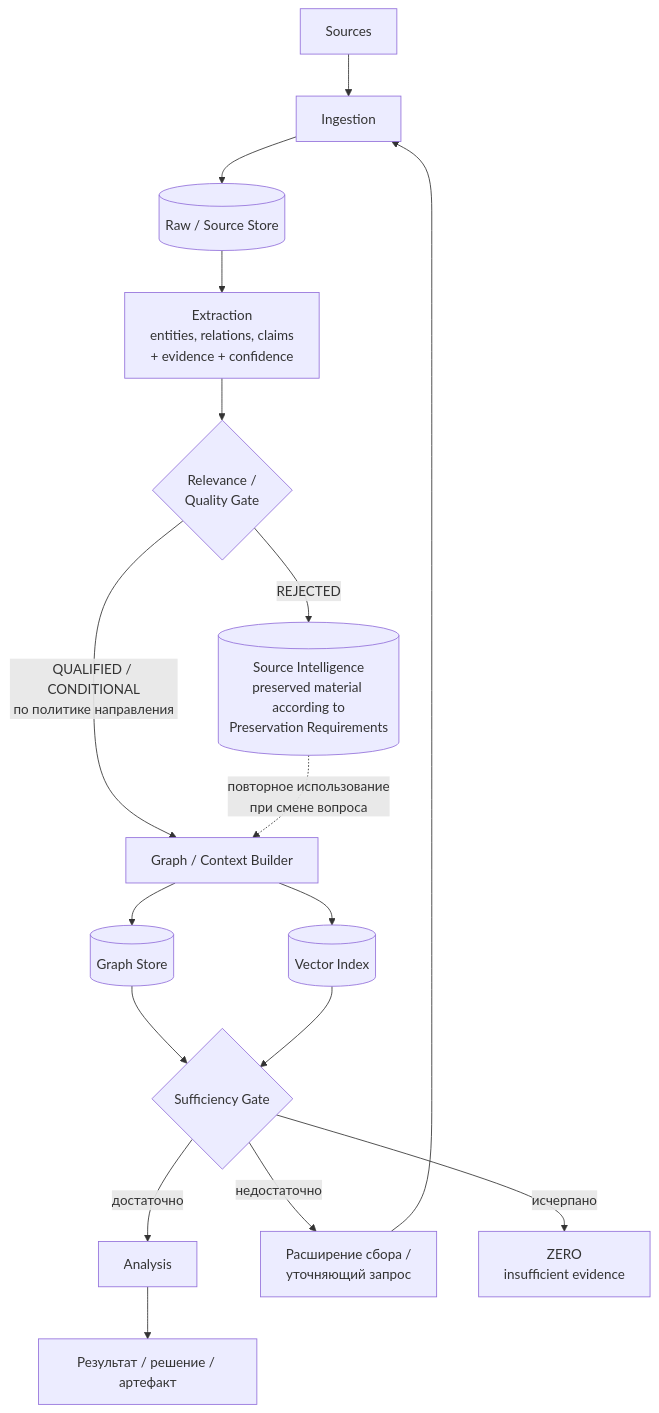
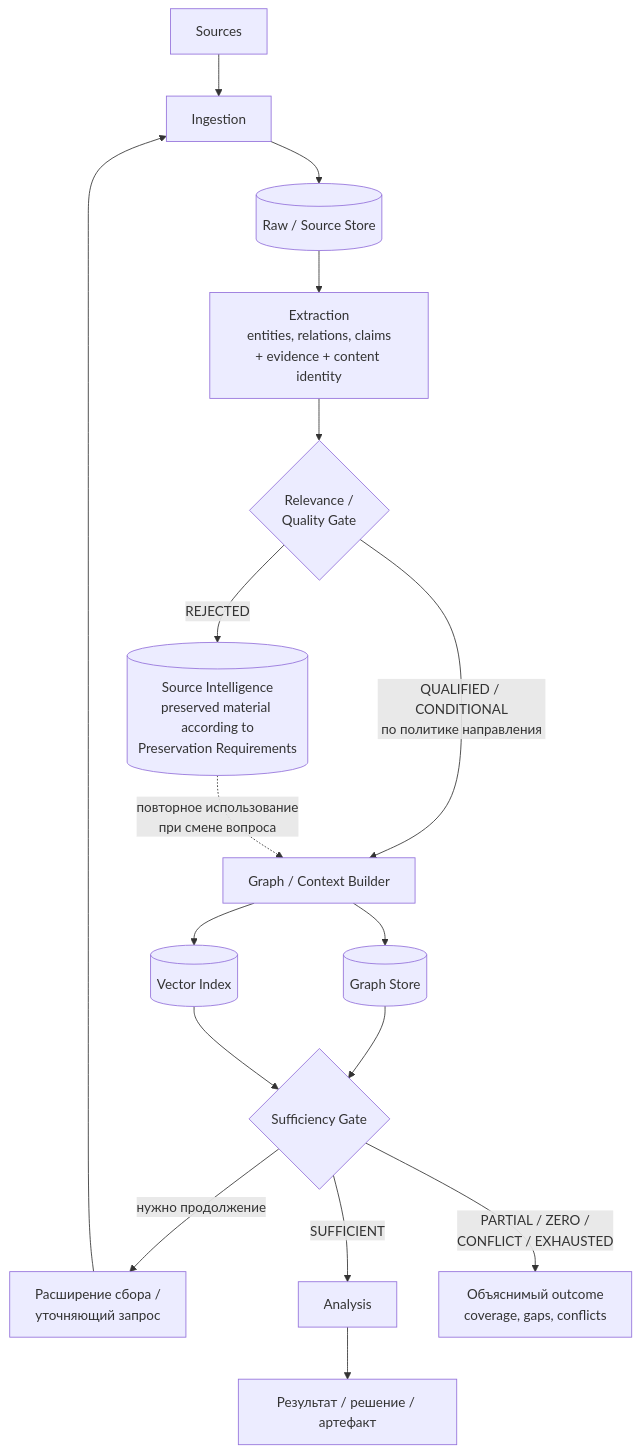
One commit to G-Ivan-A/aether-orbis changed the second of 8 diagrams in docs/architecture.md. Above: the diagram before and after it, drawn with Mermaid. The commit also changed other lines of this file and 10 other files, not shown here.

````diff
--- a/docs/architecture.md
+++ b/docs/architecture.md
@@ -32,25 +37,25 @@
 ```mermaid
 flowchart TD
     S[Sources] --> ING[Ingestion]
     ING --> RAW[(Raw / Source Store)]
-    RAW --> EXTR[Extraction<br/>entities, relations, claims<br/>+ evidence + confidence]
+    RAW --> EXTR[Extraction<br/>entities, relations, claims<br/>+ evidence + content identity]
     EXTR --> RG{Relevance /<br/>Quality Gate}
 
     RG -->|REJECTED| SI[(Source Intelligence<br/>preserved material according to<br/>Preservation Requirements)]
     RG -->|QUALIFIED / CONDITIONAL<br/>по политике направления| GB[Graph / Context Builder]
 
     GB --> GRAPH[(Graph Store)]
     GB --> VEC[(Vector Index)]
 
     GRAPH --> SG{Sufficiency Gate}
     VEC --> SG
 
-    SG -->|достаточно| AN[Analysis]
-    SG -->|недостаточно| EXP[Расширение сбора /<br/>уточняющий запрос]
-    SG -->|исчерпано| ZERO[ZERO<br/>insufficient evidence]
+    SG -->|нужно продолжение| EXP[Расширение сбора /<br/>уточняющий запрос]
+    SG -->|SUFFICIENT| AN[Analysis]
+    SG -->|PARTIAL / ZERO /<br/>CONFLICT / EXHAUSTED| OUT[Объяснимый outcome<br/>coverage, gaps, conflicts]
 
     EXP --> ING
     AN --> RES[Результат / решение / артефакт]
 
     SI -.->|повторное использование<br/>при смене вопроса| GB
 ```
````
